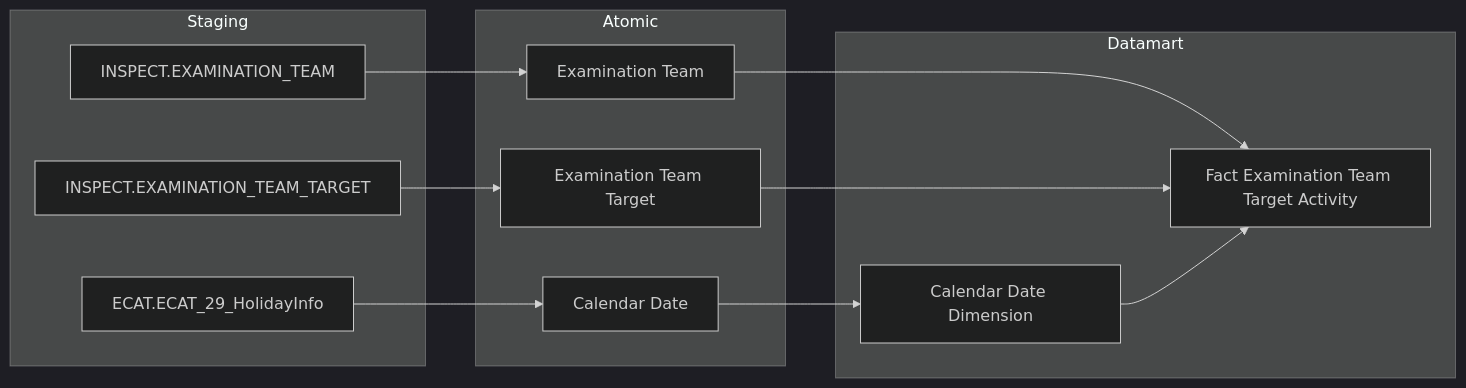
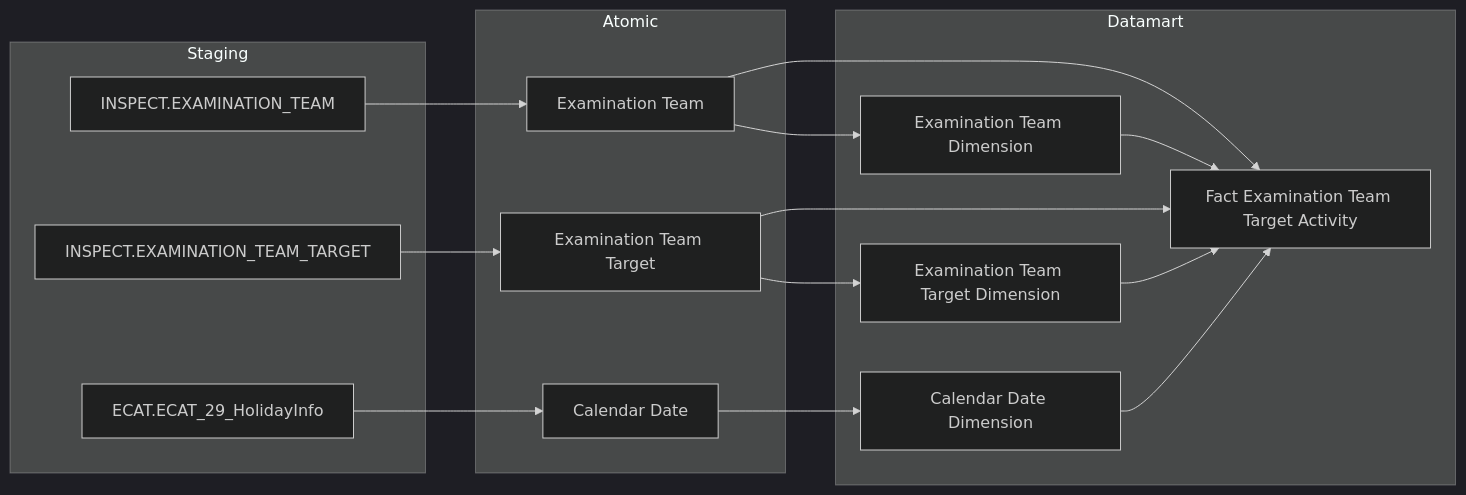
The fourth of 50 diagrams in Datamart/hld/DTM_TT_HLD.md (linhlvit/ubck_atomic_design), drawn with Mermaid (dark theme) before and after one commit. The commit also changed other lines of this file and 26 other files, not shown here.

````diff
--- a/Datamart/hld/DTM_TT_HLD.md
+++ b/Datamart/hld/DTM_TT_HLD.md
@@ -135,29 +132,35 @@
 ```mermaid
 flowchart LR
     subgraph SRC["Staging"]
         S1["INSPECT.EXAMINATION_TEAM"]
         S2["INSPECT.EXAMINATION_TEAM_TARGET"]
         ECAT_HolidayInfo["ECAT.ECAT_29_HolidayInfo"]
     end
 
     subgraph SIL["Atomic"]
         SV1["Examination Team"]
         SV2["Examination Team Target"]
         Calendar_Date["Calendar Date"]
     end
 
     subgraph GOLD["Datamart"]
         G1["Fact Examination Team Target Activity"]
         G2["Calendar Date Dimension"]
+        G3["Examination Team Target Dimension"]
+        G4["Examination Team Dimension"]
     end
 
     S1 --> SV1
     S2 --> SV2
     ECAT_HolidayInfo --> Calendar_Date
 
     SV1 --> G1
+    SV1 --> G4
     SV2 --> G1
+    SV2 --> G3
 
     Calendar_Date --> G2
     G2 --> G1
+    G3 --> G1
+    G4 --> G1
 ```
````
